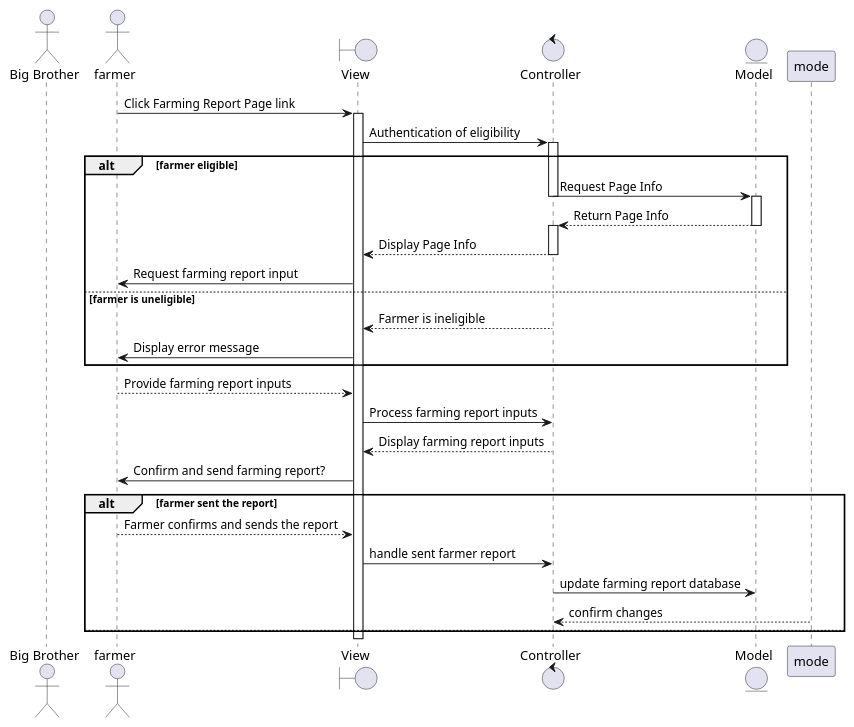
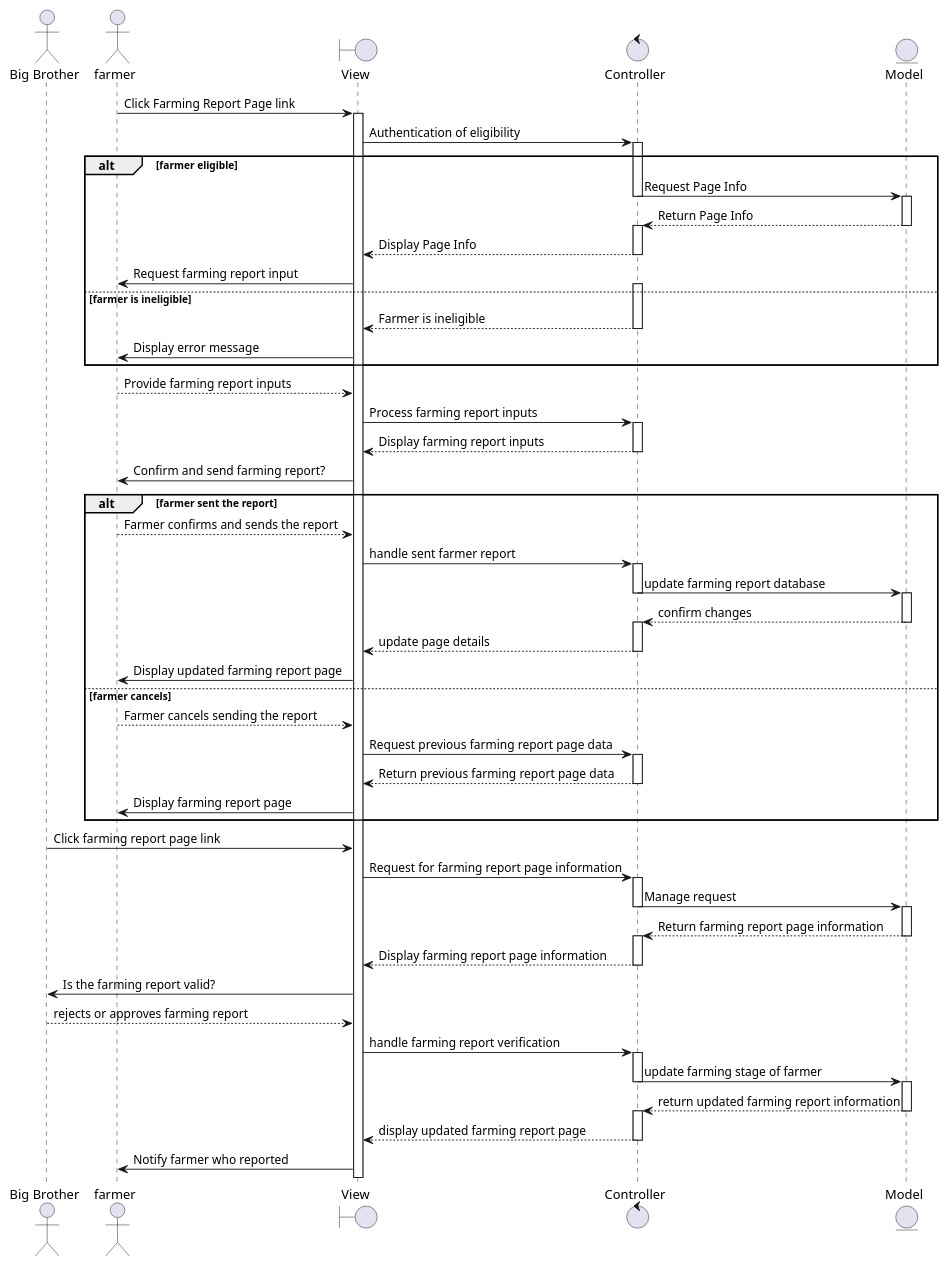
The diagram in plantuml/proposed/sequence/overview-report.wsd (radical-doubting/anikultura-diagrams), drawn with PlantUML before and after one commit. The commit also changed 1 other file, not shown here.

Commit message:
Added deployment diagram

```diff
--- a/plantuml/proposed/sequence/overview-report.wsd
+++ b/plantuml/proposed/sequence/overview-report.wsd
@@ -1,57 +1,103 @@
 @startuml
 
 actor "Big Brother" as bigbro
 actor farmer as farmer 
 boundary View as view
 control Controller as controller
 entity Model as model
 
 
 
 farmer -> view : Click Farming Report Page link
 activate view
 view -> controller: Authentication of eligibility
 activate controller
 
 alt farmer eligible
 
     controller -> model: Request Page Info
     deactivate controller
     activate model
     model --> controller: Return Page Info
     deactivate model
     activate controller
     controller --> view: Display Page Info
     deactivate controller
 
     view -> farmer: Request farming report input
+    activate controller
     
-else farmer is uneligible
+else farmer is ineligible
     controller --> view: Farmer is ineligible
+    deactivate controller
     view -> farmer: Display error message
 end
 
 farmer --> view: Provide farming report inputs
 view -> controller: Process farming report inputs
+activate controller
 controller --> view: Display farming report inputs
+deactivate controller
 view -> farmer: Confirm and send farming report?
 
 alt farmer sent the report
 
     farmer --> view: Farmer confirms and sends the report
     view -> controller: handle sent farmer report
+    activate controller
     controller -> model: update farming report database
-    mode --> controller: confirm changes
-else
+    deactivate controller
+    activate model
+    model --> controller: confirm changes
+    deactivate model
+    activate controller
+    controller --> view: update page details
+    deactivate controller
+    view -> farmer: Display updated farming report page
+else farmer cancels
+    farmer --> view: Farmer cancels sending the report
+    view -> controller: Request previous farming report page data
+    activate controller
+    controller --> view: Return previous farming report page data
+    deactivate controller
+    view -> farmer: Display farming report page
+end
+
+bigbro -> view: Click farming report page link
+view -> controller: Request for farming report page information
+activate controller
+controller -> model: Manage request
+deactivate controller
+activate model
+model --> controller: Return farming report page information
+deactivate model
+activate controller
+controller --> view: Display farming report page information
+deactivate controller
+view -> bigbro: Is the farming report valid?
+bigbro --> view: rejects or approves farming report
+view -> controller: handle farming report verification
+activate controller
+controller -> model: update farming stage of farmer
+deactivate controller
+activate model
+model --> controller: return updated farming report information
+deactivate model
+activate controller
+controller --> view: display updated farming report page
+deactivate controller
+view -> farmer: Notify farmer who reported
 
 
-end
+    
+
+
 
 
 
 
 
 
 
 
 @enduml
```
